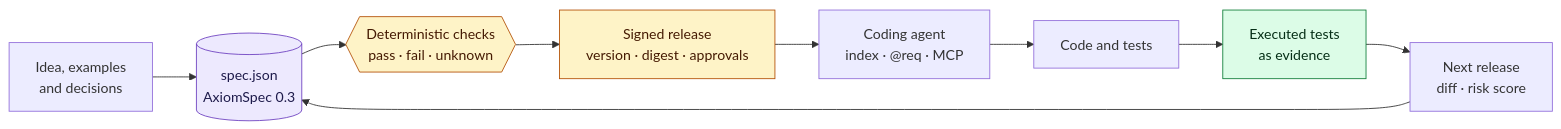
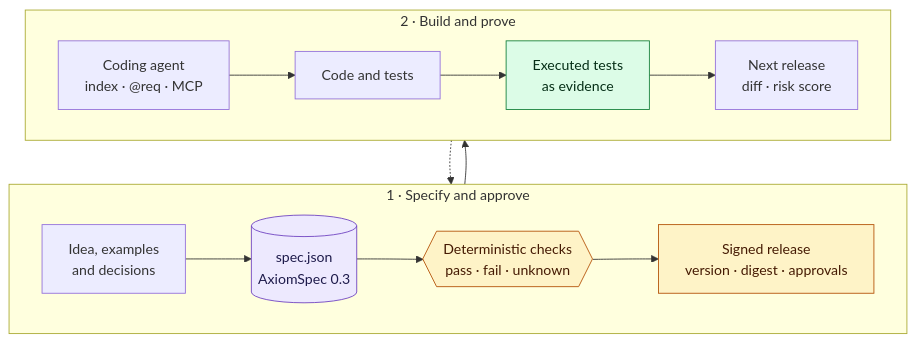
One commit to OualidGuennif/aeion-framework changed the diagram in README.md. Above: the diagram before and after it, drawn with Mermaid. The commit also changed other lines of this file and 11 other files, not shown here.

First line of the commit message:
AxiomSpec 1.0.1: Python 3.14 as the minimum, a README diagram in two rows

````diff
--- a/README.md
+++ b/README.md
@@ -17,18 +17,24 @@
 ```mermaid
-flowchart LR
-  idea["Idea, examples<br/>and decisions"] --> spec[("spec.json<br/>AxiomSpec 0.3")]
-  spec --> checks{{"Deterministic checks<br/>pass · fail · unknown"}}
-  checks --> release["Signed release<br/>version · digest · approvals"]
-  release --> agent["Coding agent<br/>index · @req · MCP"]
-  agent --> code["Code and tests"]
-  code --> evidence["Executed tests<br/>as evidence"]
-  evidence --> next["Next release<br/>diff · risk score"]
-  next --> spec
+flowchart TB
+  subgraph specify ["1 · Specify and approve"]
+    direction LR
+    idea["Idea, examples<br/>and decisions"] --> spec[("spec.json<br/>AxiomSpec 0.3")]
+    spec --> checks{{"Deterministic checks<br/>pass · fail · unknown"}}
+    checks --> release["Signed release<br/>version · digest · approvals"]
+  end
+  subgraph build ["2 · Build and prove"]
+    direction LR
+    agent["Coding agent<br/>index · @req · MCP"] --> code["Code and tests"]
+    code --> evidence["Executed tests<br/>as evidence"]
+    evidence --> next["Next release<br/>diff · risk score"]
+  end
+  release --> agent
+  next -.-> spec
 
   classDef source fill:#ede9fe,stroke:#6f42c1,color:#1e1b4b
   classDef gate fill:#fef3c7,stroke:#b45309,color:#451a03
   classDef proof fill:#dcfce7,stroke:#15803d,color:#052e16
   class spec source
   class checks,release gate
   class evidence proof
 ```
````
